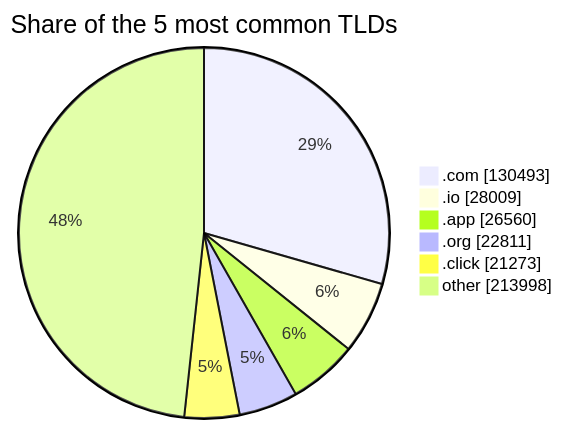
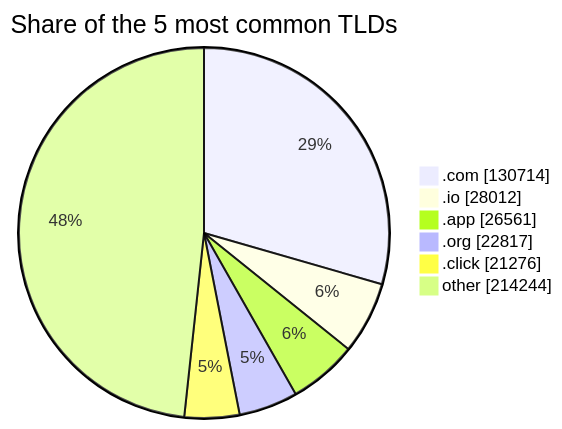
One commit to DNSBunker/CTI changed the third of 3 diagrams in README.md. Above: the diagram before and after it, drawn with Mermaid. The commit also changed other lines of this file and 3 other files, not shown here.

````diff
--- a/README.md
+++ b/README.md
@@ -81,9 +81,9 @@
 ```mermaid
 pie showData title Share of the 5 most common TLDs
-    ".com" : 130493
-    ".io" : 28009
-    ".app" : 26560
-    ".org" : 22811
-    ".click" : 21273
-    "other" : 213998
+    ".com" : 130714
+    ".io" : 28012
+    ".app" : 26561
+    ".org" : 22817
+    ".click" : 21276
+    "other" : 214244
 ```
````
